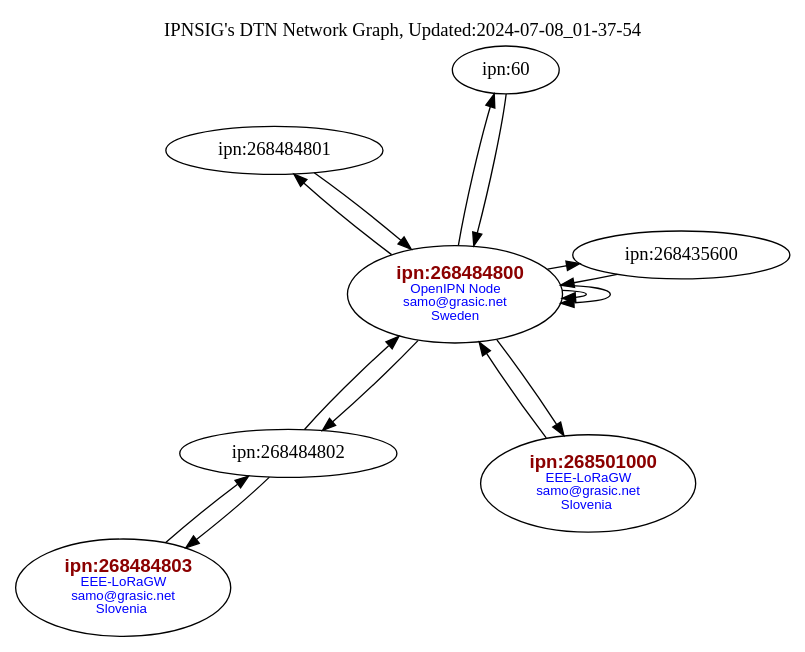
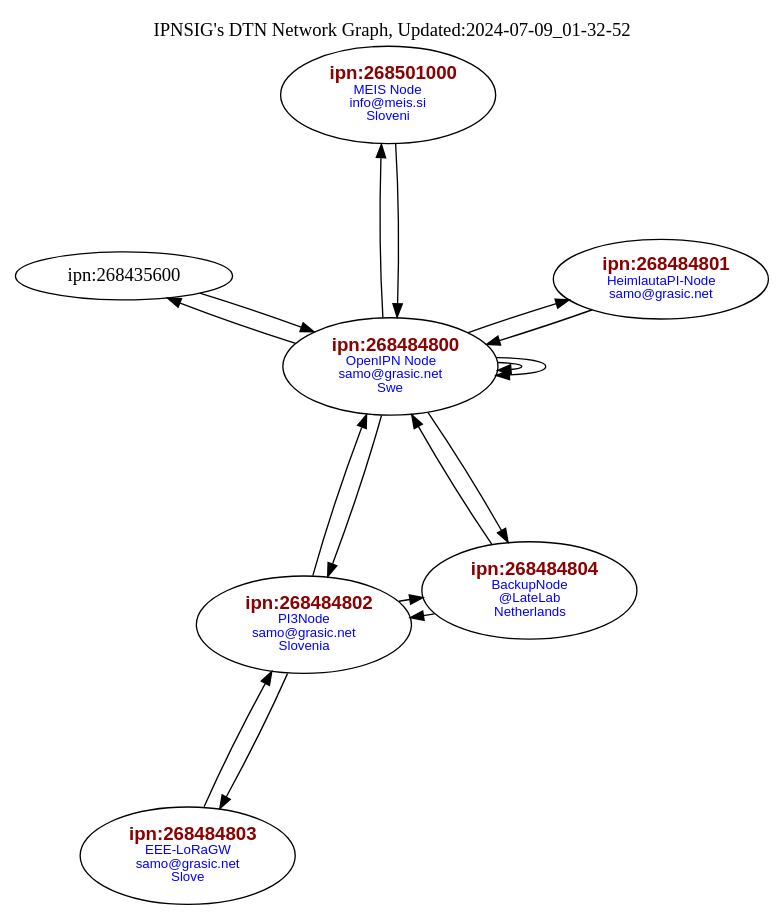
Before and after one commit to samograsic/ion-dtn-dtnex: the diagram in contactGraph.gv, drawn with Graphviz. The commit also changed 9 other files, not shown here.

```diff
--- a/contactGraph.gv
+++ b/contactGraph.gv
@@ -1,19 +1,24 @@
 digraph G { layout=neato; overlap=false;
-"ipn:268484803" [label=< <FONT POINT-SIZE="14" FACE="Arial" COLOR="darkred"><B>ipn:268484803</B></FONT><BR/><FONT POINT-SIZE="10" FACE="Arial" COLOR="blue">EEE-LoRaGW<br/>samo&#64;grasic&#46;net<br/>Slovenia </FONT>>];
-"ipn:268501000" [label=< <FONT POINT-SIZE="14" FACE="Arial" COLOR="darkred"><B>ipn:268501000</B></FONT><BR/><FONT POINT-SIZE="10" FACE="Arial" COLOR="blue">EEE-LoRaGW<br/>samo&#64;grasic&#46;net<br/>Slovenia </FONT>>];
-"ipn:268484800" [label=< <FONT POINT-SIZE="14" FACE="Arial" COLOR="darkred"><B>ipn:268484800</B></FONT><BR/><FONT POINT-SIZE="10" FACE="Arial" COLOR="blue">OpenIPN Node<br/>samo&#64;grasic&#46;net<br/>Sweden</FONT>>];
-"ipn:60" -> "ipn:268484800"
+"ipn:268484803" [label=< <FONT POINT-SIZE="14" FACE="Arial" COLOR="darkred"><B>ipn:268484803</B></FONT><BR/><FONT POINT-SIZE="10" FACE="Arial" COLOR="blue">EEE-LoRaGW<br/>samo&#64;grasic&#46;net<br/>Slove</FONT>>];
+"ipn:268484801" [label=< <FONT POINT-SIZE="14" FACE="Arial" COLOR="darkred"><B>ipn:268484801</B></FONT><BR/><FONT POINT-SIZE="10" FACE="Arial" COLOR="blue">HeimlautaPI-Node<br/>samo&#64;grasic&#46;net</FONT>>];
+"ipn:268484802" [label=< <FONT POINT-SIZE="14" FACE="Arial" COLOR="darkred"><B>ipn:268484802</B></FONT><BR/><FONT POINT-SIZE="10" FACE="Arial" COLOR="blue">PI3Node<br/>samo&#64;grasic&#46;net<br/>Slovenia</FONT>>];
+"ipn:268501000" [label=< <FONT POINT-SIZE="14" FACE="Arial" COLOR="darkred"><B>ipn:268501000</B></FONT><BR/><FONT POINT-SIZE="10" FACE="Arial" COLOR="blue">MEIS Node<br/>info&#64;meis&#46;si<br/>Sloveni</FONT>>];
+"ipn:268484804" [label=< <FONT POINT-SIZE="14" FACE="Arial" COLOR="darkred"><B>ipn:268484804</B></FONT><BR/><FONT POINT-SIZE="10" FACE="Arial" COLOR="blue">BackupNode<br/>&#64;LateLab<br/>Netherlands</FONT>>];
+"ipn:268484800" [label=< <FONT POINT-SIZE="14" FACE="Arial" COLOR="darkred"><B>ipn:268484800</B></FONT><BR/><FONT POINT-SIZE="10" FACE="Arial" COLOR="blue">OpenIPN Node<br/>samo&#64;grasic&#46;net<br/>Swe</FONT>>];
 "ipn:268435600" -> "ipn:268484800"
-"ipn:268484800" -> "ipn:60"
 "ipn:268484800" -> "ipn:268435600"
 "ipn:268484800" -> "ipn:268484800"
 "ipn:268484800" -> "ipn:268484800"
 "ipn:268484800" -> "ipn:268484801"
 "ipn:268484800" -> "ipn:268484802"
+"ipn:268484800" -> "ipn:268484804"
 "ipn:268484800" -> "ipn:268501000"
 "ipn:268484801" -> "ipn:268484800"
 "ipn:268484802" -> "ipn:268484800"
 "ipn:268484802" -> "ipn:268484803"
+"ipn:268484802" -> "ipn:268484804"
 "ipn:268484803" -> "ipn:268484802"
+"ipn:268484804" -> "ipn:268484800"
+"ipn:268484804" -> "ipn:268484802"
 "ipn:268501000" -> "ipn:268484800"
-labelloc="t"; label="IPNSIG's DTN Network Graph, Updated:2024-07-08_01-37-54"}
+labelloc="t"; label="IPNSIG's DTN Network Graph, Updated:2024-07-09_01-32-52"}
```
